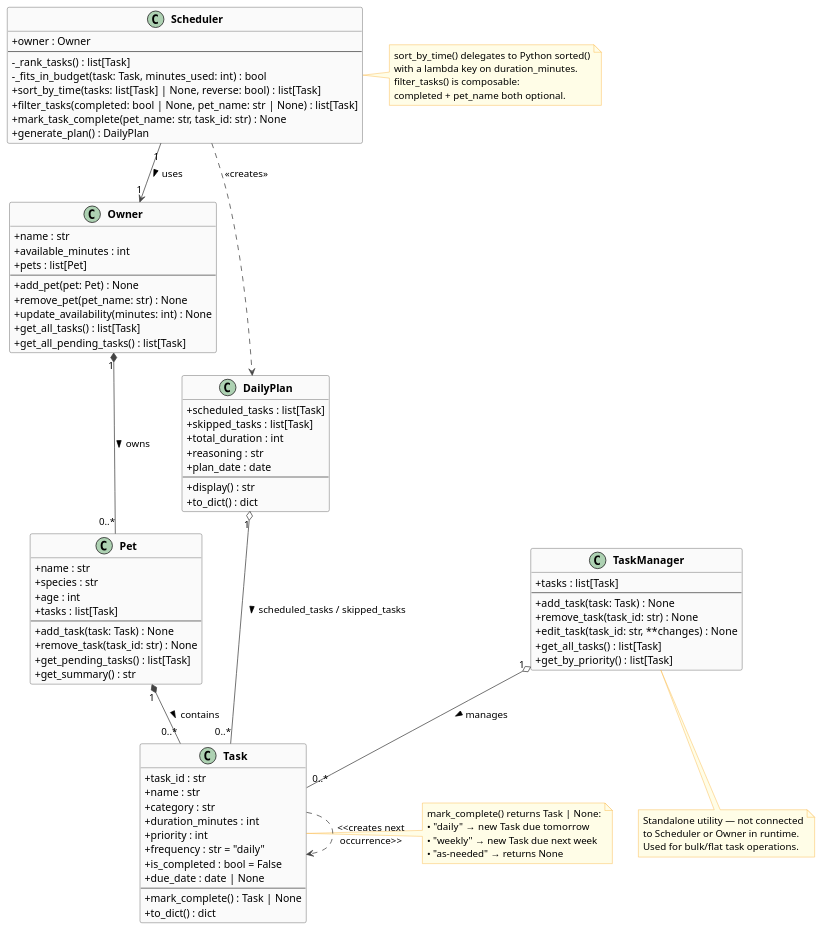
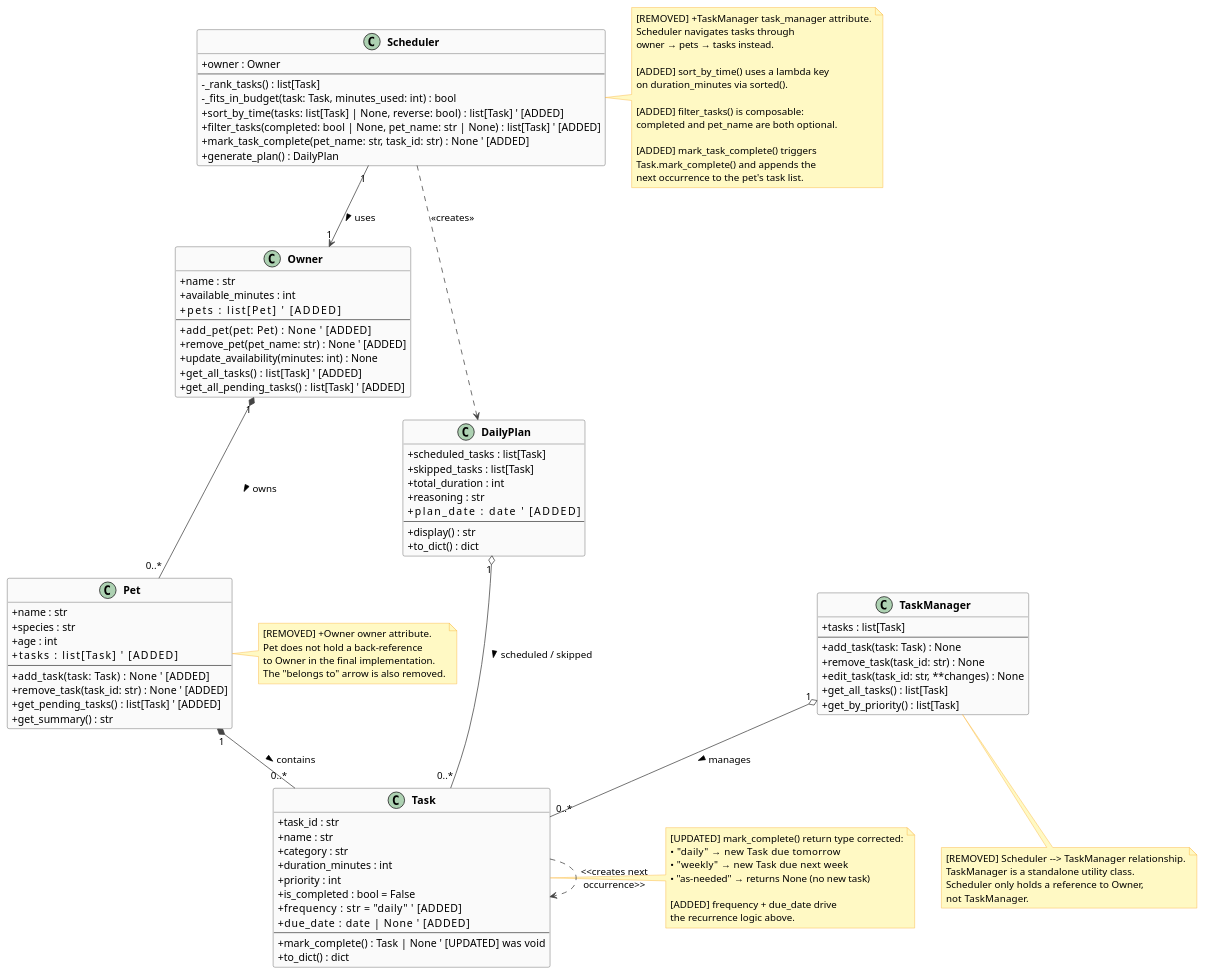
Before and after one commit to Edem-max/ai110-module2show-pawpal-starter: the diagram in uml_diagram.puml, drawn with PlantUML.

Commit message:
docs: annotate UML with [UPDATED]/[ADDED]/[REMOVED] changes from initial diagram
- Marks every attribute and method that changed from the student's initial UML
- Removes Pet->Owner back-reference and Scheduler->TaskManager relationship
- Corrects Owner->Pet to composition with 0..* multiplicity
- Adds missing attributes: Task.frequency, Task.due_date, DailyPlan.plan_date
- Adds missing Scheduler methods: sort_by_time, filter_tasks, mark_task_complete
- Adds Task self-reference for recurrence (mark_complete creates next occurrence)

```diff
--- a/uml_diagram.puml
+++ b/uml_diagram.puml
@@ -1,134 +1,188 @@
 @startuml PawPal_Updated
 
 skinparam classAttributeIconSize 0
 skinparam classFontStyle bold
 skinparam ArrowColor #444444
 skinparam ClassBorderColor #444444
 skinparam ClassBackgroundColor #FAFAFA
-skinparam NoteBackgroundColor #FFFDE7
+skinparam NoteBackgroundColor #FFF9C4
 skinparam NoteBorderColor #F9A825
 
-' ─────────────────────────────────────────
-'  CLASSES
-' ─────────────────────────────────────────
+' ═══════════════════════════════════════════════════════
+'  UPDATED UML — PawPal+
+'  Changes from initial diagram are marked [UPDATED] or
+'  [ADDED]. Removed items are described in notes.
+' ═══════════════════════════════════════════════════════
 
+' ───────────────────────────────────────
+'  Task
+'  [UPDATED] mark_complete() now returns Task | None
+'  [ADDED]   frequency, due_date attributes
+' ───────────────────────────────────────
 class Task {
   + task_id : str
   + name : str
   + category : str
   + duration_minutes : int
   + priority : int
-  + frequency : str = "daily"
   + is_completed : bool = False
-  + due_date : date | None
+  + frequency : str = "daily"      ' [ADDED]
+  + due_date : date | None         ' [ADDED]
   --
-  + mark_complete() : Task | None
+  + mark_complete() : Task | None  ' [UPDATED] was void
   + to_dict() : dict
 }
 
+note right of Task
+  [UPDATED] mark_complete() return type corrected:
+  • "daily"     → new Task due tomorrow
+  • "weekly"    → new Task due next week
+  • "as-needed" → returns None (no new task)
+
+  [ADDED] frequency + due_date drive
+  the recurrence logic above.
+end note
+
+' ───────────────────────────────────────
+'  Pet
+'  [REMOVED] +Owner owner attribute
+'  [ADDED]   tasks list + task methods
+' ───────────────────────────────────────
 class Pet {
   + name : str
   + species : str
   + age : int
-  + tasks : list[Task]
+  + tasks : list[Task]             ' [ADDED]
   --
-  + add_task(task: Task) : None
-  + remove_task(task_id: str) : None
-  + get_pending_tasks() : list[Task]
+  + add_task(task: Task) : None    ' [ADDED]
+  + remove_task(task_id: str) : None  ' [ADDED]
+  + get_pending_tasks() : list[Task]  ' [ADDED]
   + get_summary() : str
 }
 
+note right of Pet
+  [REMOVED] +Owner owner attribute.
+  Pet does not hold a back-reference
+  to Owner in the final implementation.
+  The "belongs to" arrow is also removed.
+end note
+
+' ───────────────────────────────────────
+'  Owner
+'  [UPDATED] multiplicity: 1 owner → many pets
+'  [ADDED]   pets list + pet/task methods
+' ───────────────────────────────────────
 class Owner {
   + name : str
   + available_minutes : int
-  + pets : list[Pet]
+  + pets : list[Pet]               ' [ADDED]
   --
-  + add_pet(pet: Pet) : None
-  + remove_pet(pet_name: str) : None
+  + add_pet(pet: Pet) : None       ' [ADDED]
+  + remove_pet(pet_name: str) : None  ' [ADDED]
   + update_availability(minutes: int) : None
-  + get_all_tasks() : list[Task]
-  + get_all_pending_tasks() : list[Task]
+  + get_all_tasks() : list[Task]   ' [ADDED]
+  + get_all_pending_tasks() : list[Task]  ' [ADDED]
 }
 
-class Scheduler {
-  + owner : Owner
-  --
-  - _rank_tasks() : list[Task]
-  - _fits_in_budget(task: Task, minutes_used: int) : bool
-  + sort_by_time(tasks: list[Task] | None, reverse: bool) : list[Task]
-  + filter_tasks(completed: bool | None, pet_name: str | None) : list[Task]
-  + mark_task_complete(pet_name: str, task_id: str) : None
-  + generate_plan() : DailyPlan
-}
-
-class DailyPlan {
-  + scheduled_tasks : list[Task]
-  + skipped_tasks : list[Task]
-  + total_duration : int
-  + reasoning : str
-  + plan_date : date
-  --
-  + display() : str
-  + to_dict() : dict
-}
-
+' ───────────────────────────────────────
+'  TaskManager
+'  No structural changes — but its
+'  relationship to Scheduler is removed.
+' ───────────────────────────────────────
 class TaskManager {
   + tasks : list[Task]
   --
   + add_task(task: Task) : None
   + remove_task(task_id: str) : None
   + edit_task(task_id: str, **changes) : None
   + get_all_tasks() : list[Task]
   + get_by_priority() : list[Task]
 }
 
-' ─────────────────────────────────────────
+note bottom of TaskManager
+  [REMOVED] Scheduler --> TaskManager relationship.
+  TaskManager is a standalone utility class.
+  Scheduler only holds a reference to Owner,
+  not TaskManager.
+end note
+
+' ───────────────────────────────────────
+'  Scheduler
+'  [REMOVED] +TaskManager task_manager attribute
+'  [ADDED]   sort_by_time(), filter_tasks(),
+'            mark_task_complete() methods
+' ───────────────────────────────────────
+class Scheduler {
+  + owner : Owner
+  --
+  - _rank_tasks() : list[Task]
+  - _fits_in_budget(task: Task, minutes_used: int) : bool
+  + sort_by_time(tasks: list[Task] | None, reverse: bool) : list[Task]  ' [ADDED]
+  + filter_tasks(completed: bool | None, pet_name: str | None) : list[Task]  ' [ADDED]
+  + mark_task_complete(pet_name: str, task_id: str) : None  ' [ADDED]
+  + generate_plan() : DailyPlan
+}
+
+note right of Scheduler
+  [REMOVED] +TaskManager task_manager attribute.
+  Scheduler navigates tasks through
+  owner → pets → tasks instead.
+
+  [ADDED] sort_by_time() uses a lambda key
+  on duration_minutes via sorted().
+
+  [ADDED] filter_tasks() is composable:
+  completed and pet_name are both optional.
+
+  [ADDED] mark_task_complete() triggers
+  Task.mark_complete() and appends the
+  next occurrence to the pet's task list.
+end note
+
+' ───────────────────────────────────────
+'  DailyPlan
+'  [ADDED] plan_date attribute
+' ───────────────────────────────────────
+class DailyPlan {
+  + scheduled_tasks : list[Task]
+  + skipped_tasks : list[Task]
+  + total_duration : int
+  + reasoning : str
+  + plan_date : date               ' [ADDED]
+  --
+  + display() : str
+  + to_dict() : dict
+}
+
+' ═══════════════════════════════════════════════════════
 '  RELATIONSHIPS
-' ─────────────────────────────────────────
+' ═══════════════════════════════════════════════════════
 
-' Composition: Owner owns Pets (pet cannot exist without owner in this model)
+' [UPDATED] was "1" --> "1" (wrong type, wrong multiplicity)
 Owner "1" *-- "0..*" Pet : owns >
 
-' Composition: Pet owns Tasks
+' [ADDED] — was missing entirely in initial diagram
 Pet "1" *-- "0..*" Task : contains >
 
-' Association: Scheduler holds a reference to an existing Owner
+' [UNCHANGED] Scheduler associates with Owner
 Scheduler "1" --> "1" Owner : uses >
 
-' Dependency: Scheduler creates a DailyPlan on generate_plan()
+' [UPDATED] was --> (plain arrow); now dependency (creates)
 Scheduler ..> DailyPlan : <<creates>>
 
-' DailyPlan references Tasks (scheduled + skipped)
-DailyPlan "1" o-- "0..*" Task : scheduled_tasks / skipped_tasks >
+' [UNCHANGED] DailyPlan aggregates Tasks
+DailyPlan "1" o-- "0..*" Task : scheduled / skipped >
 
-' TaskManager aggregates Tasks independently (standalone utility)
+' [UNCHANGED] TaskManager aggregates Tasks
 TaskManager "1" o-- "0..*" Task : manages >
 
-' Task self-dependency: mark_complete() creates the next Task occurrence
+' [ADDED] Task creates next occurrence of itself
 Task ..> Task : <<creates next\noccurrence>>
 
-' ─────────────────────────────────────────
-'  NOTES
-' ─────────────────────────────────────────
-
-note right of Task
-  mark_complete() returns Task | None:
-  • "daily"  → new Task due tomorrow
-  • "weekly" → new Task due next week
-  • "as-needed" → returns None
-end note
-
-note right of Scheduler
-  sort_by_time() delegates to Python sorted()
-  with a lambda key on duration_minutes.
-  filter_tasks() is composable:
-  completed + pet_name both optional.
-end note
-
-note bottom of TaskManager
-  Standalone utility — not connected
-  to Scheduler or Owner in runtime.
-  Used for bulk/flat task operations.
-end note
+' ═══════════════════════════════════════════════════════
+'  REMOVED RELATIONSHIPS (were in initial diagram)
+' ═══════════════════════════════════════════════════════
+' Pet --> Owner : belongs to        REMOVED — no back-ref in code
+' Scheduler --> TaskManager         REMOVED — Scheduler uses Owner only
 
 @enduml
```
